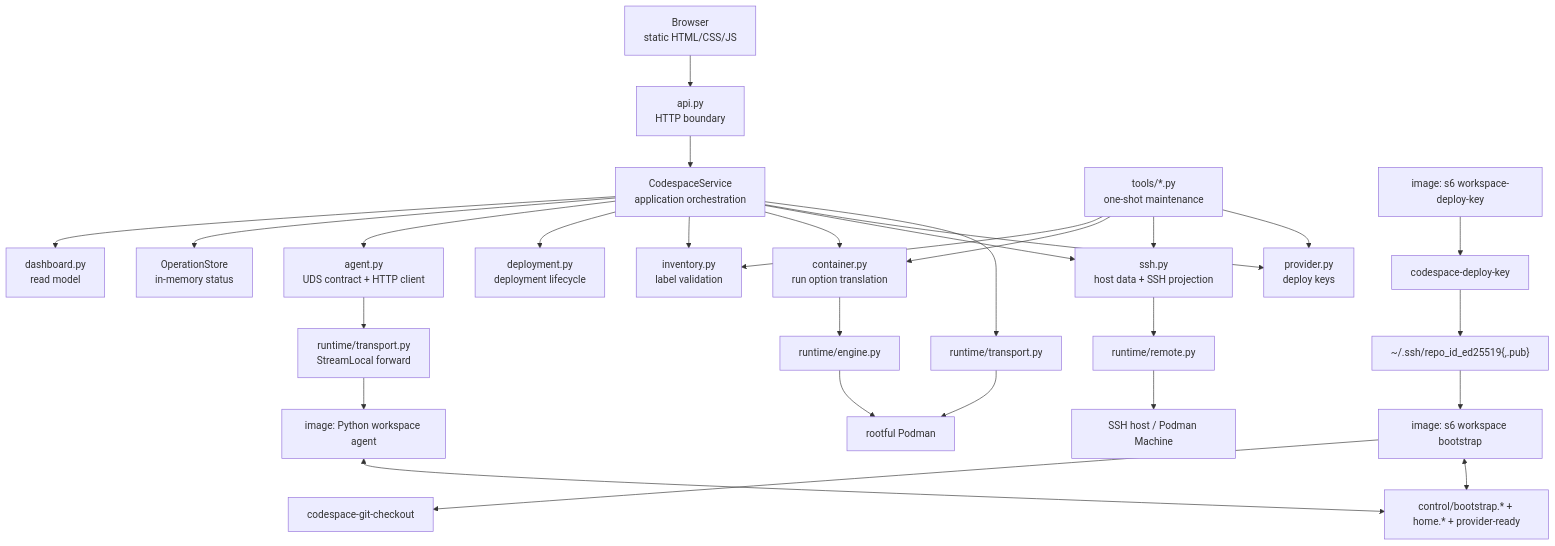
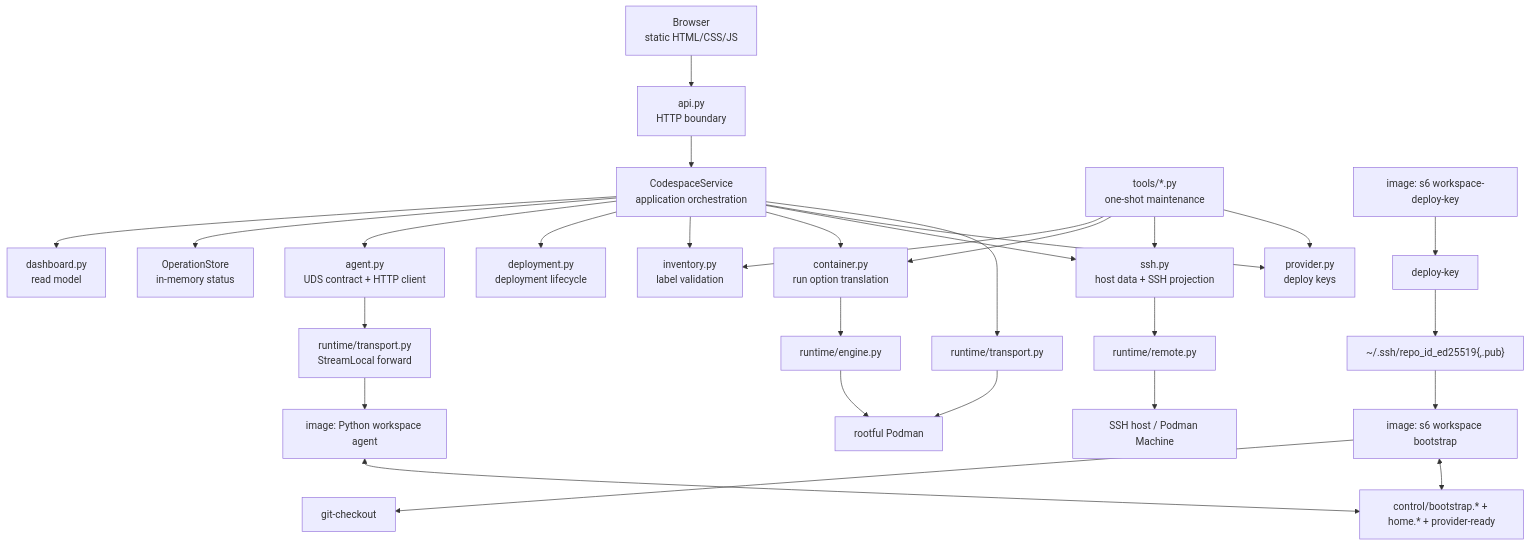
One commit to curoky/codespace changed the second of 9 diagrams in controller/DESIGN.md. Above: the diagram before and after it, drawn with Mermaid. The commit also changed other lines of this file and 45 other files, not shown here.

````diff
--- a/controller/DESIGN.md
+++ b/controller/DESIGN.md
@@ -54,33 +54,33 @@
 ```mermaid
 flowchart TB
     Browser["Browser<br/>static HTML/CSS/JS"] --> API["api.py<br/>HTTP boundary"]
     API --> Service["CodespaceService<br/>application orchestration"]
     Service --> Dashboard["dashboard.py<br/>read model"]
     Service --> Operations["OperationStore<br/>in-memory status"]
     Service --> Agent["agent.py<br/>UDS contract + HTTP client"]
     Service --> Deployment["deployment.py<br/>deployment lifecycle"]
     Service --> Inventory["inventory.py<br/>label validation"]
     Service --> Container["container.py<br/>run option translation"]
     Service --> SSH["ssh.py<br/>host data + SSH projection"]
     Service --> Provider["provider.py<br/>deploy keys"]
 
     CLI["tools/*.py<br/>one-shot maintenance"] --> Inventory
     CLI --> Container
     CLI --> SSH
     CLI --> Provider
 
     Container --> Engine["runtime/engine.py"]
     Agent --> Tunnel["runtime/transport.py<br/>StreamLocal forward"]
     Tunnel --> ImageAgent["image: Python workspace agent"]
-    DeployKeyService["image: s6 workspace-deploy-key"] --> DeployKeyHelper["codespace-deploy-key"]
+    DeployKeyService["image: s6 workspace-deploy-key"] --> DeployKeyHelper["deploy-key"]
     DeployKeyHelper --> DeployKeyPair["~/.ssh/repo_id_ed25519{,.pub}"]
     DeployKeyPair --> ImageBootstrap["image: s6 workspace bootstrap"]
-    ImageBootstrap --> CheckoutHelper["codespace-git-checkout"]
+    ImageBootstrap --> CheckoutHelper["git-checkout"]
     ImageAgent <--> BootstrapState["control/bootstrap.* + home.* + provider-ready"]
     ImageBootstrap <--> BootstrapState
     SSH --> Remote["runtime/remote.py"]
     Service --> Transport["runtime/transport.py"]
     Engine --> Podman["rootful Podman"]
     Transport --> Podman
     Remote --> Host["SSH host / Podman Machine"]
 ```
````
